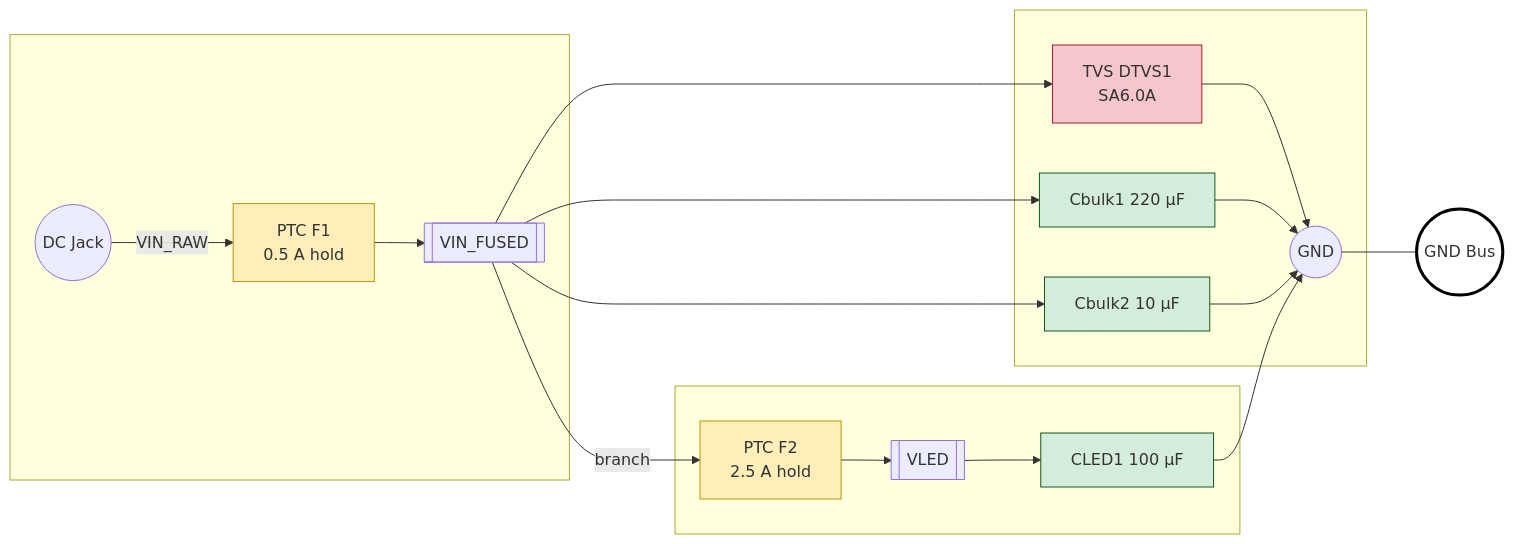
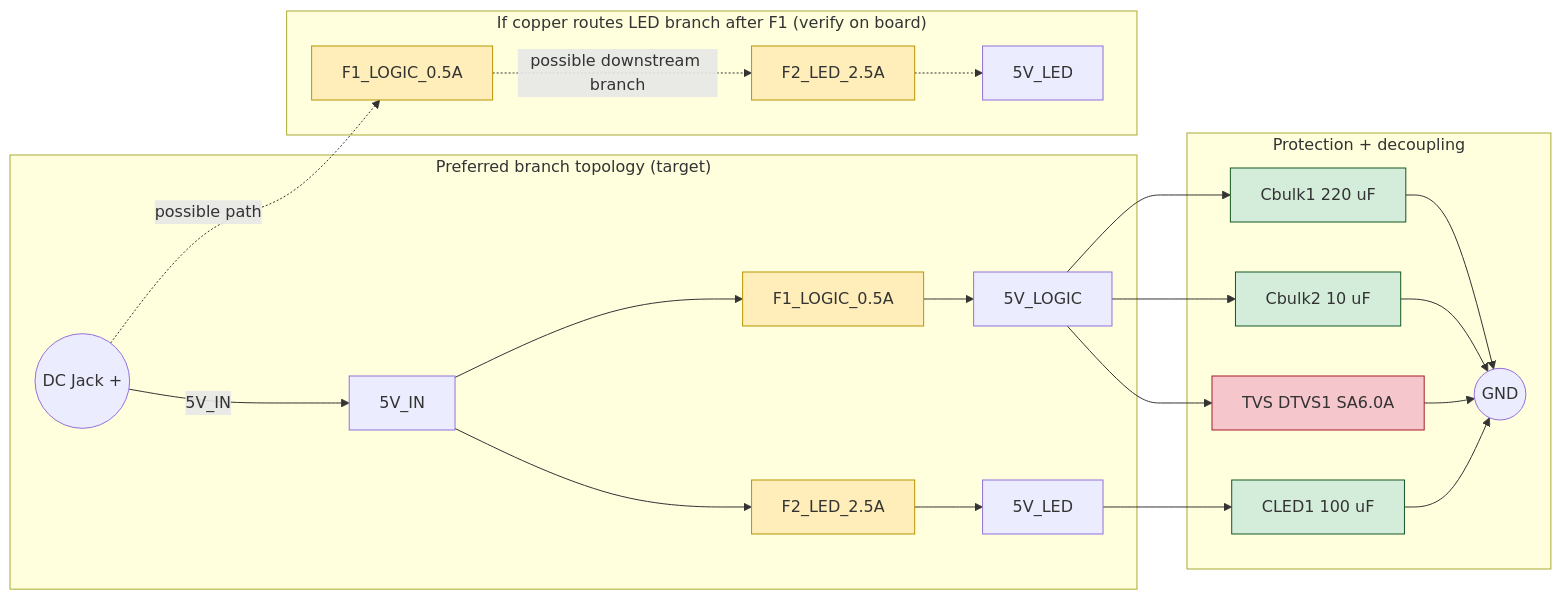
The diagram in docs/sketch/systemFlow/hw/power&protection.md (bseverns/MOARkNOBS-42), drawn with Mermaid before and after one commit. The commit also changed other lines of this file and 9 other files, not shown here.

````diff
--- a/docs/sketch/systemFlow/hw/power&protection.md
+++ b/docs/sketch/systemFlow/hw/power&protection.md
@@ -13,38 +50,37 @@
 ```mermaid
 flowchart LR
-  subgraph PowerEntry[" "]
-    DC_JACK((DC Jack))
-    DC_JACK -->|VIN_RAW| F1[PTC F1<br/>0.5 A hold]
-    F1 --> VIN_FUSED[[VIN_FUSED]]
+  DC((DC Jack +))
+  GND((GND))
+
+  subgraph Preferred["Preferred branch topology (target)"]
+    DC -->|5V_IN| N5V[5V_IN]
+    N5V --> F1[F1_LOGIC_0.5A]
+    N5V --> F2[F2_LED_2.5A]
+    F1 --> L5V[5V_LOGIC]
+    F2 --> VLED[5V_LED]
   end
 
-  subgraph ProtectionAndDecoupling[" "]
-    VIN_FUSED --> Cbulk1["Cbulk1 220 µF"]
-    VIN_FUSED --> Cbulk2["Cbulk2 10 µF"]
-    VIN_FUSED --> DTVS1[TVS DTVS1<br/>SA6.0A]
-    DTVS1 --> GND((GND))
+  subgraph Decoupling["Protection + decoupling"]
+    L5V --> Cbulk1["Cbulk1 220 uF"]
+    L5V --> Cbulk2["Cbulk2 10 uF"]
+    L5V --> DTVS1["TVS DTVS1 SA6.0A"]
+    VLED --> CLED1["CLED1 100 uF"]
     Cbulk1 --> GND
     Cbulk2 --> GND
-  end
-
-  subgraph LEDRail[" "]
-    VIN_FUSED -->|branch| F2[PTC F2<br/>2.5 A hold]
-    F2 --> VLED[[VLED]]
-    VLED --> CLED1["CLED1 100 µF"]
+    DTVS1 --> GND
     CLED1 --> GND
   end
 
-  %% Ground bus drawn once
-  classDef groundBus fill:none,stroke:#000,stroke-width:3px;
-  GND --- groundBusNode((GND Bus))
+  subgraph Risk["If copper routes LED branch after F1 (verify on board)"]
+    DC -. possible path .-> F1R[F1_LOGIC_0.5A]
+    F1R -. possible downstream branch .-> F2R[F2_LED_2.5A]
+    F2R -.-> VLEDR[5V_LED]
+  end
 
-  groundBusNode:::groundBus
-
-  %% Styling
   classDef fuse fill:#ffeeba,stroke:#b89400;
   classDef tvs fill:#f5c6cb,stroke:#a71d2a;
   classDef cap fill:#d4edda,stroke:#155724;
-  class F1,F2 fuse;
+  class F1,F2,F1R,F2R fuse;
   class DTVS1 tvs;
   class Cbulk1,Cbulk2,CLED1 cap;
 ```
````
